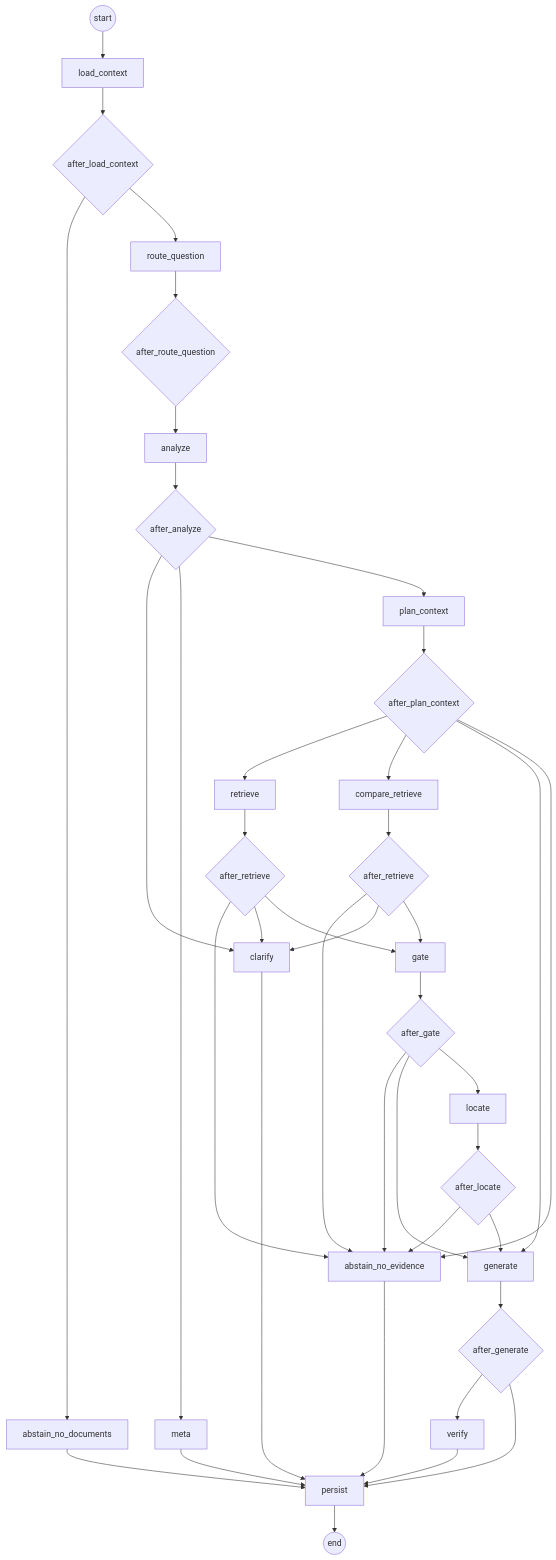
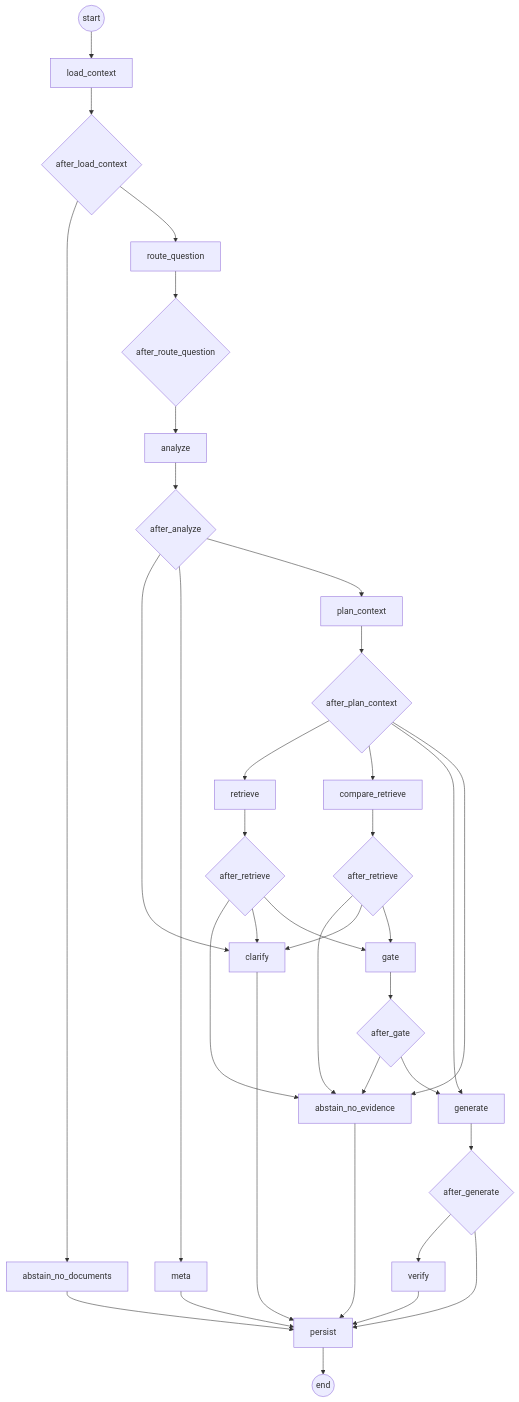
One commit to Madhav2310/Vault-System changed the fifth of 5 diagrams in ARCHITECTURE.md. Above: the diagram before and after it, drawn with Mermaid. The commit also changed 11 other files, not shown here.

````diff
--- a/ARCHITECTURE.md
+++ b/ARCHITECTURE.md
@@ -280,57 +280,52 @@
 ```mermaid
 flowchart TD
     start((start)) --> load_context
     load_context["load_context"]
     route_question["route_question"]
     analyze["analyze"]
     plan_context["plan_context"]
     retrieve["retrieve"]
     compare_retrieve["compare_retrieve"]
     gate["gate"]
-    locate["locate"]
     generate["generate"]
     verify["verify"]
     clarify["clarify"]
     meta["meta"]
     abstain_no_documents["abstain_no_documents"]
     abstain_no_evidence["abstain_no_evidence"]
     persist["persist"]
     load_context --> load_context__r{after_load_context}
     load_context__r --> abstain_no_documents
     load_context__r --> route_question
     route_question --> route_question__r{after_route_question}
     route_question__r --> analyze
     analyze --> analyze__r{after_analyze}
     analyze__r --> clarify
     analyze__r --> meta
     analyze__r --> plan_context
     plan_context --> plan_context__r{after_plan_context}
     plan_context__r --> retrieve
     plan_context__r --> compare_retrieve
     plan_context__r --> generate
     plan_context__r --> abstain_no_evidence
     retrieve --> retrieve__r{after_retrieve}
     retrieve__r --> abstain_no_evidence
     retrieve__r --> clarify
     retrieve__r --> gate
     compare_retrieve --> compare_retrieve__r{after_retrieve}
     compare_retrieve__r --> abstain_no_evidence
     compare_retrieve__r --> clarify
     compare_retrieve__r --> gate
     gate --> gate__r{after_gate}
     gate__r --> abstain_no_evidence
     gate__r --> generate
-    gate__r --> locate
-    locate --> locate__r{after_locate}
-    locate__r --> abstain_no_evidence
-    locate__r --> generate
     generate --> generate__r{after_generate}
     generate__r --> verify
     generate__r --> persist
     verify --> persist
     clarify --> persist
     meta --> persist
     abstain_no_documents --> persist
     abstain_no_evidence --> persist
     persist --> end_((end))
 ```
````
